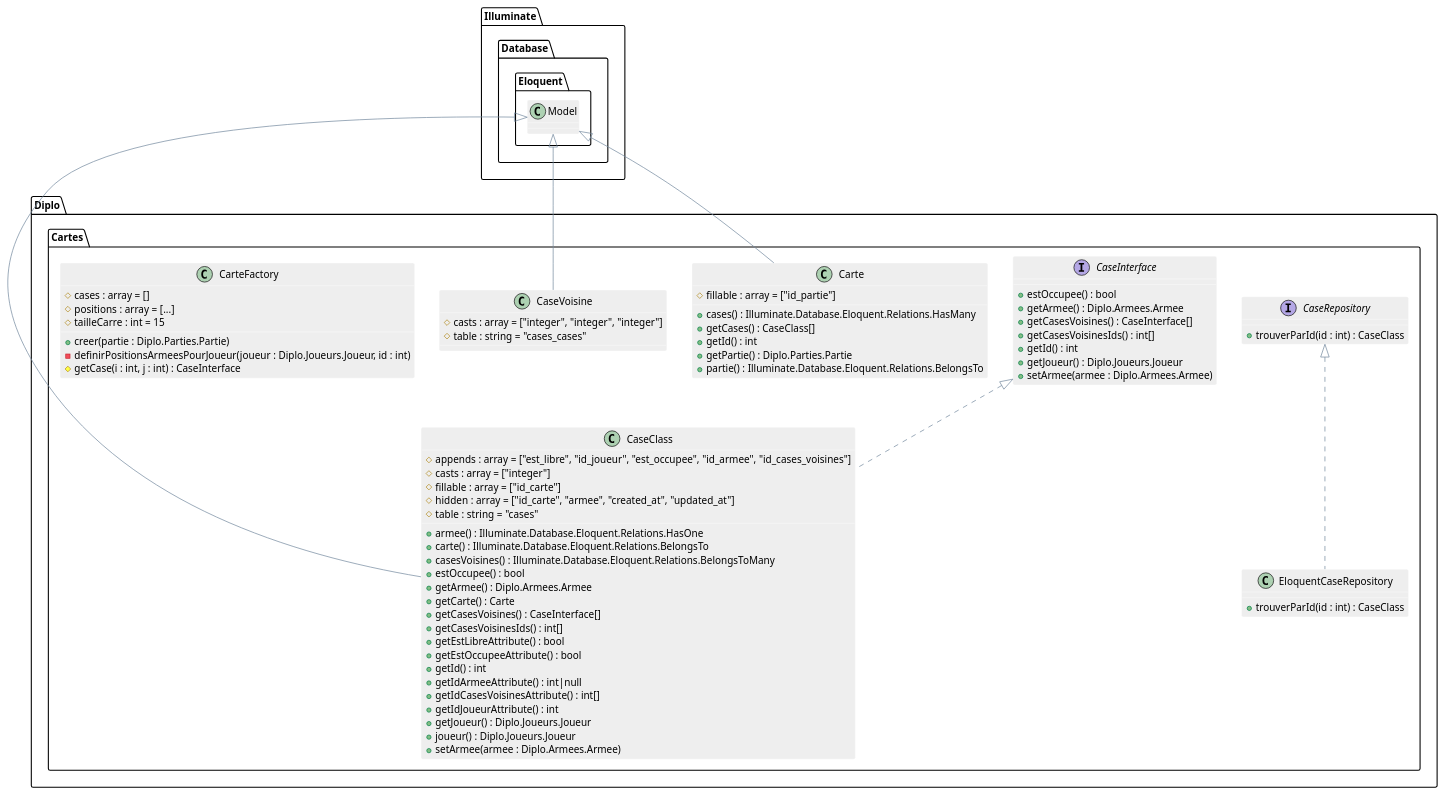
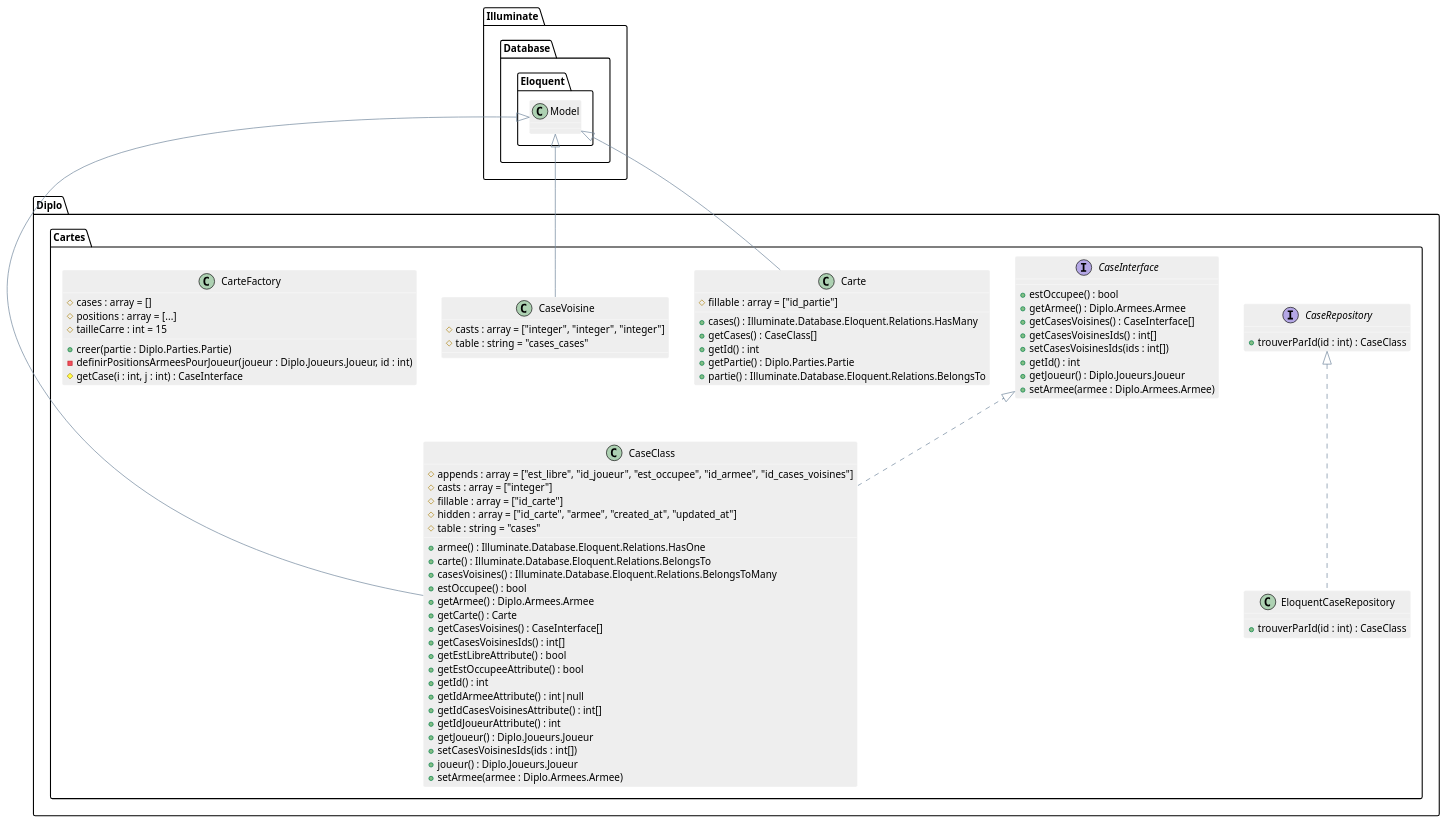
Before and after one commit to AntoineAugusti/diplo: the diagram in rapports/final/diagrammes/php-export-cut/Cartes.plantuml, drawn with PlantUML.

Commit message:
feat(uml): add setCasesVoisinesIds

```diff
--- a/rapports/final/diagrammes/php-export-cut/Cartes.plantuml
+++ b/rapports/final/diagrammes/php-export-cut/Cartes.plantuml
@@ -1,129 +1,131 @@
 @startuml
 
 skinparam shadowing false
 skinparam stereotypeCBackgroundColor #5B9BD5
 ' skinparam backgroundColor transparent
 
 skinparam note {
   BackgroundColor #73AE42
   BorderColor #6CA43E
   FontColor white
 }
 
 skinparam class {
   BackgroundColor #EEEEEE
   ArrowColor #758A9F
   BorderColor #FFFFFF
 }
 
 skinparam sequence {
   ArrowColor #6CA43E
 
   LifeLineBorderColor #6CA43E
   LifeLineBackgroundColor #73AE42
 
   ParticipantBorderColor #2E75B5
   ParticipantBackgroundColor #5B9BD5
 
   ActorBorderColor #2E75B5
   ActorBackgroundColor #5B9BD5
 
   BoxLineColor #A5A5A5
 }
 
 skinparam state {
   BackgroundColor #EEEEEE
   ArrowColor #758A9F
   BorderColor #9E9E9E
 }
 
 skinparam usecase {
   BackgroundColor #EEEEEE
   BorderColor #9E9E9E
 
   ArrowColor #6CA43E
   ActorBorderColor #6CA43E
 }
 
 skinparam component {
   BackgroundColor #EEEEEE
   ArrowColor #758A9F
   BorderColor #9E9E9E
 }
 
 skinparam node {
   BackgroundColor #FFFFFF
   ArrowColor #758A9F
   BorderColor #9E9E9E
 }
 
 skinparam database {
   BackgroundColor #EEEEEE
   ArrowColor #758A9F
   BorderColor #9E9E9E
 }
 interface Diplo.Cartes.CaseRepository {
     +trouverParId(id : int) : CaseClass
 }
 class Diplo.Cartes.CaseClass {
     #appends : array = ["est_libre", "id_joueur", "est_occupee", "id_armee", "id_cases_voisines"]
     #casts : array = ["integer"]
     #fillable : array = ["id_carte"]
     #hidden : array = ["id_carte", "armee", "created_at", "updated_at"]
     #table : string = "cases"
     +armee() : Illuminate.Database.Eloquent.Relations.HasOne
     +carte() : Illuminate.Database.Eloquent.Relations.BelongsTo
     +casesVoisines() : Illuminate.Database.Eloquent.Relations.BelongsToMany
     +estOccupee() : bool
     +getArmee() : Diplo.Armees.Armee
     +getCarte() : Carte
     +getCasesVoisines() : CaseInterface[]
     +getCasesVoisinesIds() : int[]
     +getEstLibreAttribute() : bool
     +getEstOccupeeAttribute() : bool
     +getId() : int
     +getIdArmeeAttribute() : int|null
     +getIdCasesVoisinesAttribute() : int[]
     +getIdJoueurAttribute() : int
     +getJoueur() : Diplo.Joueurs.Joueur
+    +setCasesVoisinesIds(ids : int[])
     +joueur() : Diplo.Joueurs.Joueur
     +setArmee(armee : Diplo.Armees.Armee)
 }
 class Diplo.Cartes.CaseClass extends Illuminate.Database.Eloquent.Model
 class Diplo.Cartes.CaseClass implements Diplo.Cartes.CaseInterface
 class Diplo.Cartes.Carte {
     #fillable : array = ["id_partie"]
     +cases() : Illuminate.Database.Eloquent.Relations.HasMany
     +getCases() : CaseClass[]
     +getId() : int
     +getPartie() : Diplo.Parties.Partie
     +partie() : Illuminate.Database.Eloquent.Relations.BelongsTo
 }
 class Diplo.Cartes.Carte extends Illuminate.Database.Eloquent.Model
 class Diplo.Cartes.CaseVoisine {
     #casts : array = ["integer", "integer", "integer"]
     #table : string = "cases_cases"
 }
 class Diplo.Cartes.CaseVoisine extends Illuminate.Database.Eloquent.Model
 class Diplo.Cartes.EloquentCaseRepository {
     +trouverParId(id : int) : CaseClass
 }
 class Diplo.Cartes.EloquentCaseRepository implements Diplo.Cartes.CaseRepository
 interface Diplo.Cartes.CaseInterface {
     +estOccupee() : bool
     +getArmee() : Diplo.Armees.Armee
     +getCasesVoisines() : CaseInterface[]
     +getCasesVoisinesIds() : int[]
+    +setCasesVoisinesIds(ids : int[])
     +getId() : int
     +getJoueur() : Diplo.Joueurs.Joueur
     +setArmee(armee : Diplo.Armees.Armee)
 }
 class Diplo.Cartes.CarteFactory {
     #cases : array = []
     #positions : array = [...]
     #tailleCarre : int = 15
     +creer(partie : Diplo.Parties.Partie)
     -definirPositionsArmeesPourJoueur(joueur : Diplo.Joueurs.Joueur, id : int)
     #getCase(i : int, j : int) : CaseInterface
 }
 @enduml
```
